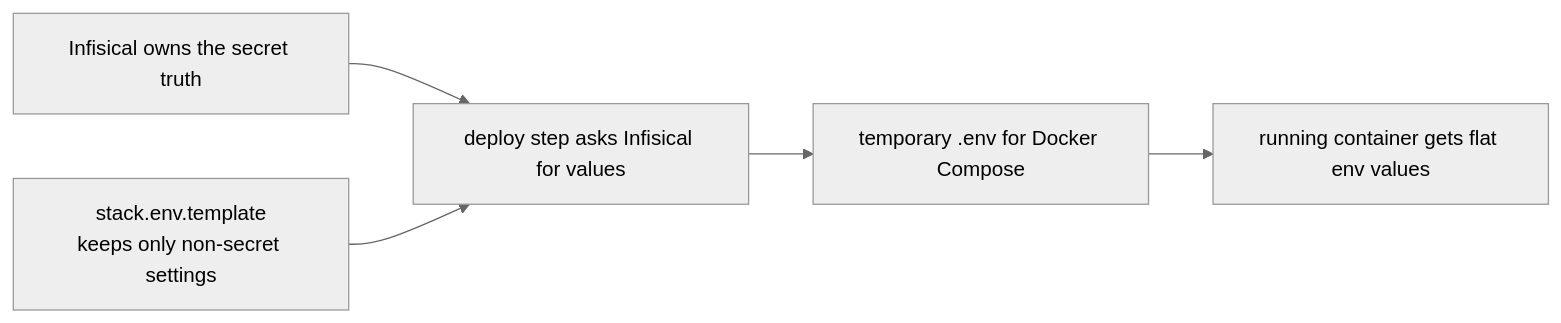
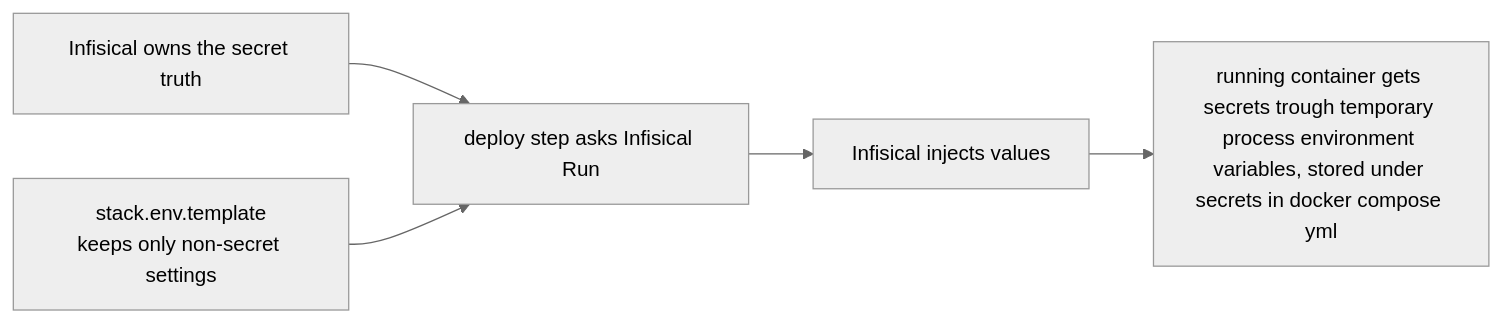
Before and after one commit to kriebb/kriebb.github.io: the second of 3 diagrams in _posts/2026-03-09-why-i-finally-moved-my-homelab-secrets-out-of-env-files.md, drawn with Mermaid (neutral theme). The commit also changed other lines of this file and 11 other files, not shown here.

Commit message:
feat: move homelab secrets out of .env files (part 1)

````diff
--- a/_posts/2026-03-09-why-i-finally-moved-my-homelab-secrets-out-of-env-files.md
+++ b/_posts/2026-03-09-why-i-finally-moved-my-homelab-secrets-out-of-env-files.md
@@ -85,7 +84,7 @@
 ```mermaid
 flowchart LR
-  A1["Infisical owns the secret truth"] --> A2["deploy step asks Infisical for values"]
+  A1["Infisical owns the secret truth"] --> A2["deploy step asks Infisical Run"]
   A3["stack.env.template<br/>keeps only non-secret settings"] --> A2
-  A2 --> A4["temporary .env for Docker Compose"]
-  A4 --> A5["running container gets flat env values"]
+  A2 --> A4["Infisical injects values"]
+  A4 --> A5["running container gets secrets trough temporary process environment variables, stored under secrets in docker compose yml"]
 ```
````
